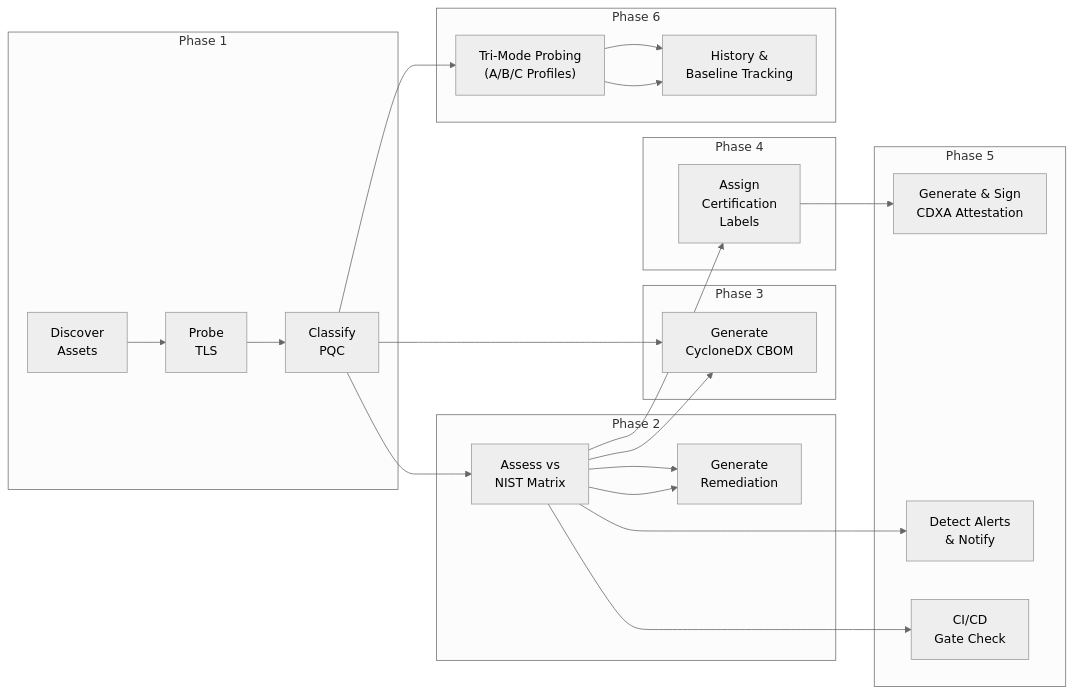
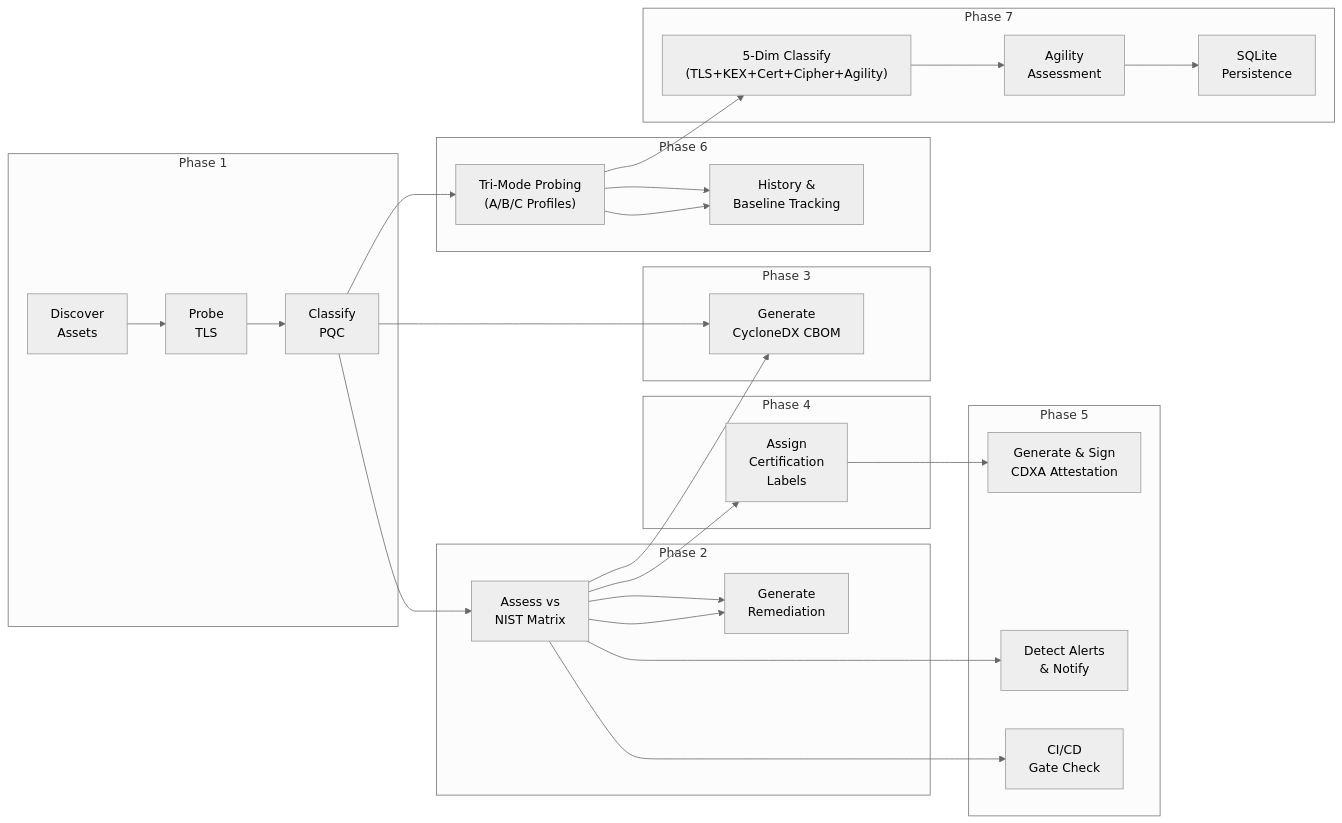
Before and after one commit to Aniket03052006/PNB: the eighth of 8 diagrams in README.md, drawn with Mermaid (neutral theme). The commit also changed other lines of this file and 9 other files, not shown here.

Commit message:
Phase 7: PQC Classification + Agility Assessment + SQLite Database

````diff
--- a/README.md
+++ b/README.md
@@ -833,39 +889,45 @@
 ```mermaid
 graph LR
     subgraph "Phase 1"
         A1["Discover<br/>Assets"] --> A2["Probe<br/>TLS"] --> A3["Classify<br/>PQC"]
     end
 
     subgraph "Phase 2"
         B1["Assess vs<br/>NIST Matrix"] --> B2["Generate<br/>Remediation"]
     end
 
     subgraph "Phase 3"
         C1["Generate<br/>CycloneDX CBOM"]
     end
 
     subgraph "Phase 4"
         D1["Assign<br/>Certification<br/>Labels"]
     end
 
     subgraph "Phase 5"
         E1["Generate & Sign<br/>CDXA Attestation"]
         E2["Detect Alerts<br/>& Notify"]
         E3["CI/CD<br/>Gate Check"]
     end
 
     subgraph "Phase 6"
         F1["Tri-Mode Probing<br/>(A/B/C Profiles)"] --> F2["History &<br/>Baseline Tracking"]
     end
 
+    subgraph "Phase 7"
+        G1["5-Dim Classify<br/>(TLS+KEX+Cert+Cipher+Agility)"] --> G2["Agility<br/>Assessment"]
+        G2 --> G3["SQLite<br/>Persistence"]
+    end
+
     A3 --> B1
     A3 --> C1
     B1 --> B2
     B1 --> D1
     B1 --> C1
     D1 --> E1
     B1 --> E2
     B1 --> E3
     A3 --> F1
     F1 --> F2
+    F1 --> G1
 ```
````
